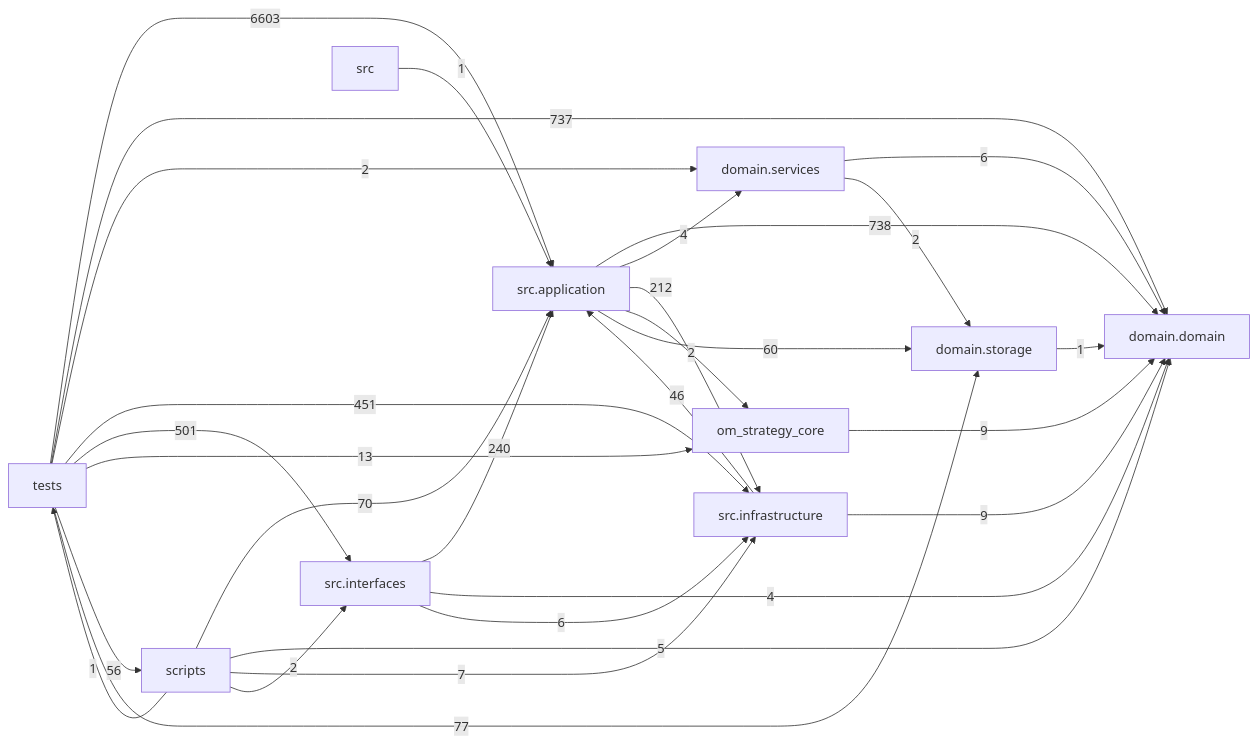
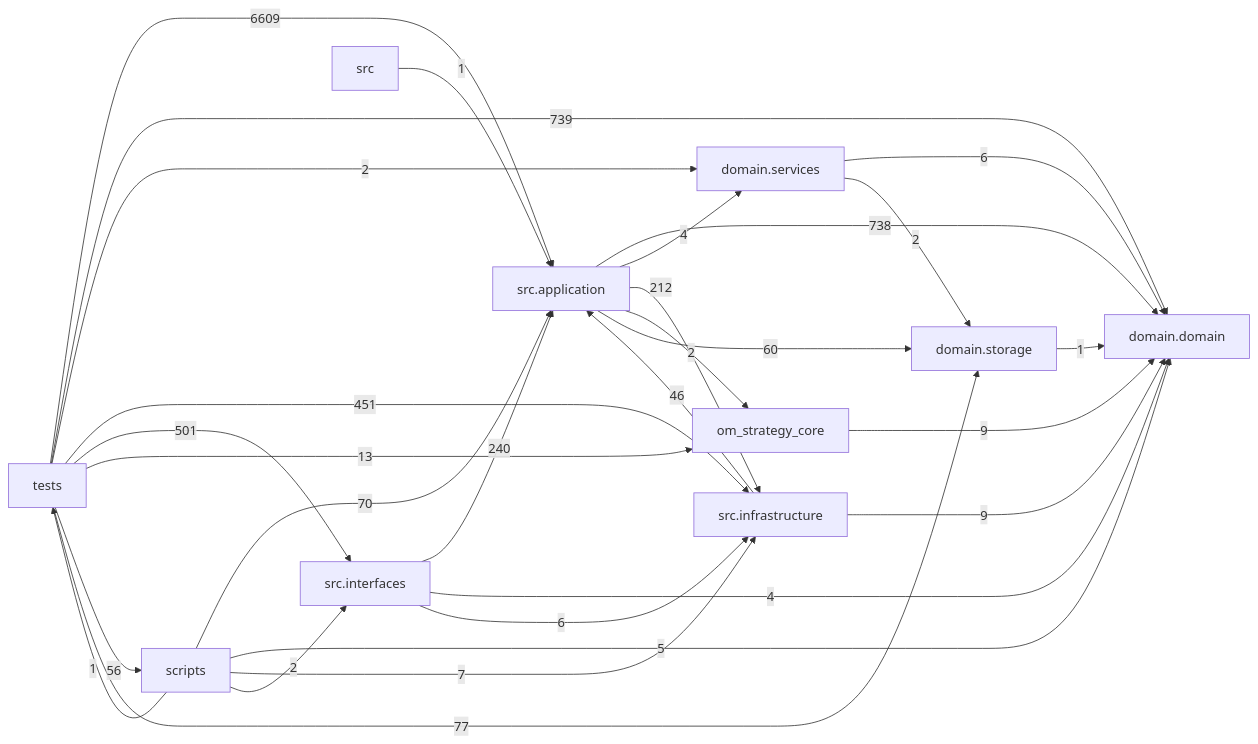
The diagram in docs/DEPENDENCY_GRAPH.md (liuxie066/options-monitor), drawn with Mermaid before and after one commit. The commit also changed other lines of this file and 5 other files, not shown here.

````diff
--- a/docs/DEPENDENCY_GRAPH.md
+++ b/docs/DEPENDENCY_GRAPH.md
@@ -24,39 +24,39 @@
 ```mermaid
 flowchart LR
   tests["tests"]
   scripts["scripts"]
   interfaces["src.interfaces"]
   application["src.application"]
   infrastructure["src.infrastructure"]
   domain_services["domain.services"]
   domain["domain.domain"]
   storage["domain.storage"]
   application -->|738| domain
   application -->|4| domain_services
   application -->|212| infrastructure
   application -->|2| om_strategy_core
   application -->|60| storage
   domain_services -->|6| domain
   domain_services -->|2| storage
   infrastructure -->|46| application
   infrastructure -->|9| domain
   interfaces -->|240| application
   interfaces -->|4| domain
   interfaces -->|6| infrastructure
   om_strategy_core -->|9| domain
   scripts -->|70| application
   scripts -->|5| domain
   scripts -->|7| infrastructure
   scripts -->|2| interfaces
   scripts -->|1| tests
   src -->|1| application
   storage -->|1| domain
-  tests -->|6603| application
-  tests -->|737| domain
+  tests -->|6609| application
+  tests -->|739| domain
   tests -->|2| domain_services
   tests -->|451| infrastructure
   tests -->|501| interfaces
   tests -->|13| om_strategy_core
   tests -->|56| scripts
   tests -->|77| storage
 ```
````
